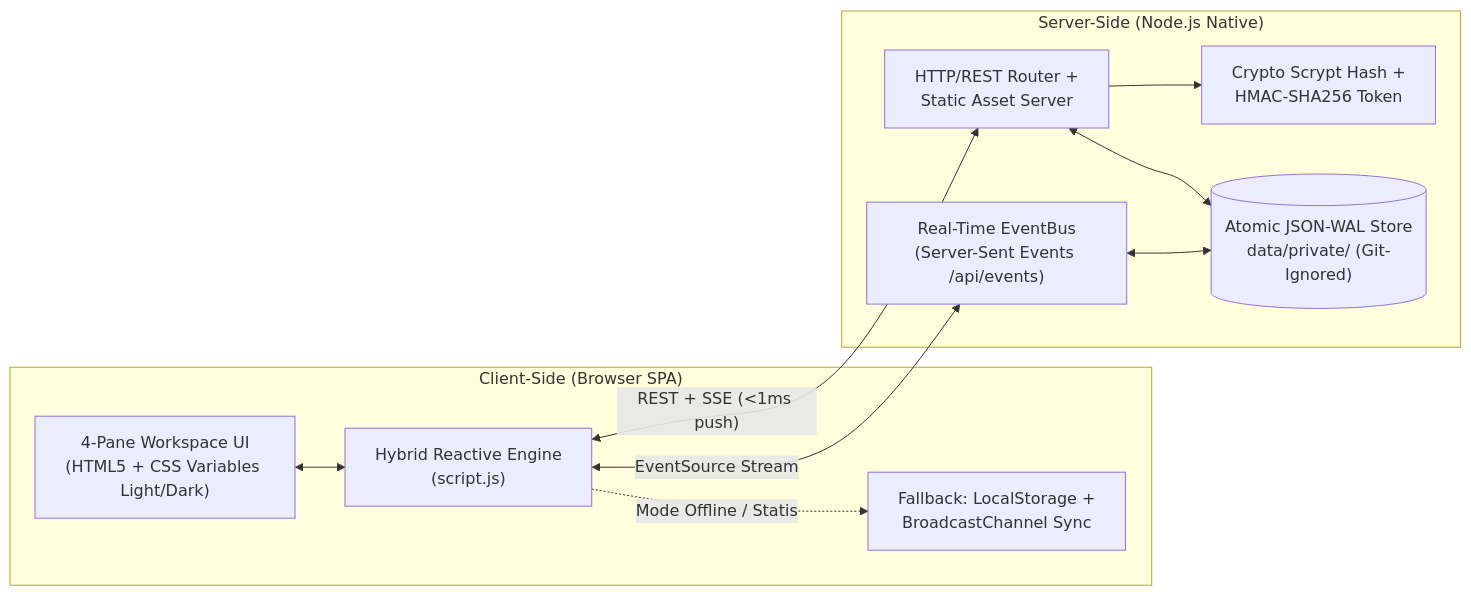
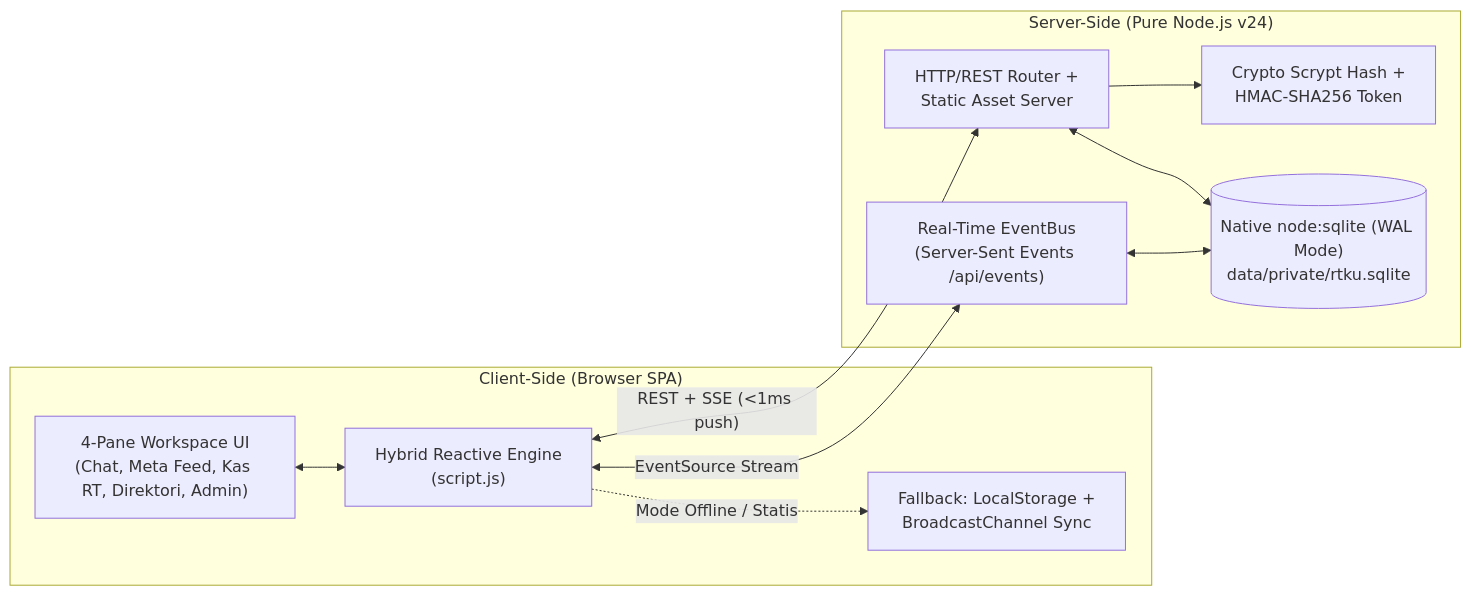
Before and after one commit to H1zrim/Chat-by-Gemini-Argon: the diagram in README.md, drawn with Mermaid. The commit also changed other lines of this file and 4 other files, not shown here.

Commit message:
feat(v0.3): integrate native node:sqlite WAL engine and transparent Kas & Citizen Dues module

````diff
--- a/README.md
+++ b/README.md
@@ -21,23 +35,23 @@
 ```mermaid
 flowchart LR
   subgraph Client["Client-Side (Browser SPA)"]
-    UI["4-Pane Workspace UI\n(HTML5 + CSS Variables Light/Dark)"]
+    UI["4-Pane Workspace UI\n(Chat, Meta Feed, Kas RT, Direktori, Admin)"]
     Engine["Hybrid Reactive Engine\n(script.js)"]
     Local["Fallback: LocalStorage +\nBroadcastChannel Sync"]
   end
 
-  subgraph Server["Server-Side (Node.js Native)"]
+  subgraph Server["Server-Side (Pure Node.js v24)"]
     HTTP["HTTP/REST Router +\nStatic Asset Server"]
     SSE["Real-Time EventBus\n(Server-Sent Events /api/events)"]
     Auth["Crypto Scrypt Hash +\nHMAC-SHA256 Token"]
-    DB[("Atomic JSON-WAL Store\ndata/private/ (Git-Ignored)")]
+    SQLite[("Native node:sqlite (WAL Mode)\ndata/private/rtku.sqlite")]
   end
 
   UI <--> Engine
   Engine <-->|"REST + SSE (<1ms push)"| HTTP
   Engine <-->|"EventSource Stream"| SSE
   Engine -.->|"Mode Offline / Statis"| Local
   HTTP --> Auth
-  HTTP <--> DB
-  SSE <--> DB
+  HTTP <--> SQLite
+  SSE <--> SQLite
 ```
````
